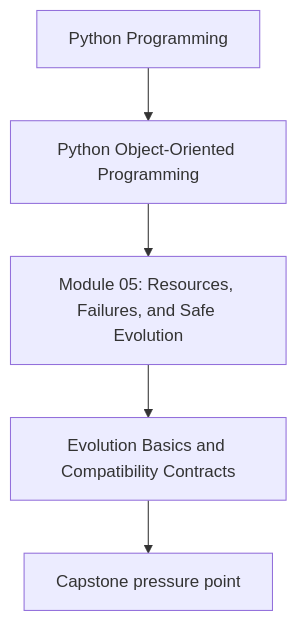
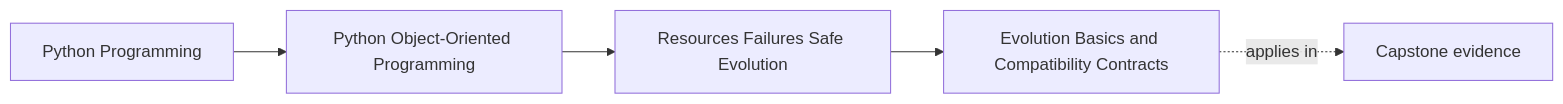
The first of 2 diagrams in programs/python-programming/python-object-oriented-programming/course-book/module-05-resources-failures-safe-evolution/compatibility-contracts-and-evolution.md (bijux/bijux-masterclass), drawn with Mermaid before and after one commit. The commit also changed other lines of this file and 103 other files, not shown here.

Commit message:
docs(python-object-oriented-programming): map sustainment and capstone surfaces

````diff
--- a/programs/python-programming/python-object-oriented-programming/course-book/module-05-resources-failures-safe-evolution/compatibility-contracts-and-evolution.md
+++ b/programs/python-programming/python-object-oriented-programming/course-book/module-05-resources-failures-safe-evolution/compatibility-contracts-and-evolution.md
@@ -7,7 +7,11 @@
 ```mermaid
-flowchart TD
-  family["Python Programming"] --> program["Python Object-Oriented Programming"]
-  program --> module["Module 05: Resources, Failures, and Safe Evolution"]
-  module --> concept["Evolution Basics and Compatibility Contracts"]
-  concept --> capstone["Capstone pressure point"]
+graph LR
+  family["Python Programming"]
+  program["Python Object-Oriented Programming"]
+  section["Resources Failures Safe Evolution"]
+  page["Evolution Basics and Compatibility Contracts"]
+  capstone["Capstone evidence"]
+
+  family --> program --> section --> page
+  page -.applies in.-> capstone
 ```
````
